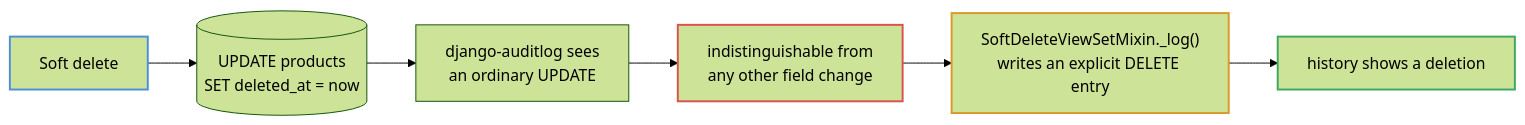
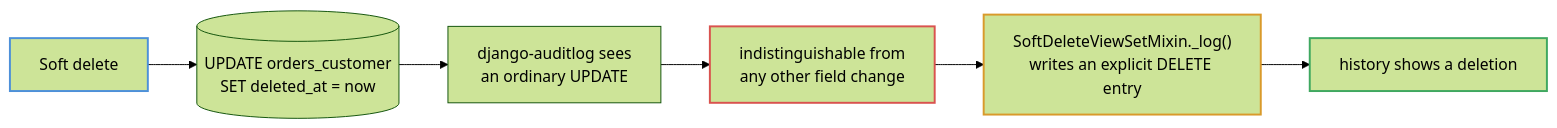
The second of 5 diagrams in docs/diagrams/soft-delete-audit.md (TGCTZ/TGC-SERVICE-BACKEND), drawn with Mermaid (forest theme) before and after one commit. The commit also changed other lines of this file and 144 other files, not shown here.

````diff
--- a/docs/diagrams/soft-delete-audit.md
+++ b/docs/diagrams/soft-delete-audit.md
@@ -43,13 +43,13 @@
 ```mermaid
 flowchart LR
-    SD["Soft delete"] --> SQL[("UPDATE products<br/>SET deleted_at = now")]
+    SD["Soft delete"] --> SQL[("UPDATE orders_customer<br/>SET deleted_at = now")]
     SQL --> AL["django-auditlog sees<br/>an ordinary UPDATE"]
     AL --> INDIST["indistinguishable from<br/>any other field change"]
     INDIST --> FIX["SoftDeleteViewSetMixin._log()<br/>writes an explicit DELETE entry"]
     FIX --> GOOD["history shows a deletion"]
 
     style SD stroke:#4d90d9,stroke-width:2px
     style INDIST stroke:#d9534f,stroke-width:2px
     style FIX stroke:#d99a2b,stroke-width:2px
     style GOOD stroke:#3fa860,stroke-width:2px
 ```
````
